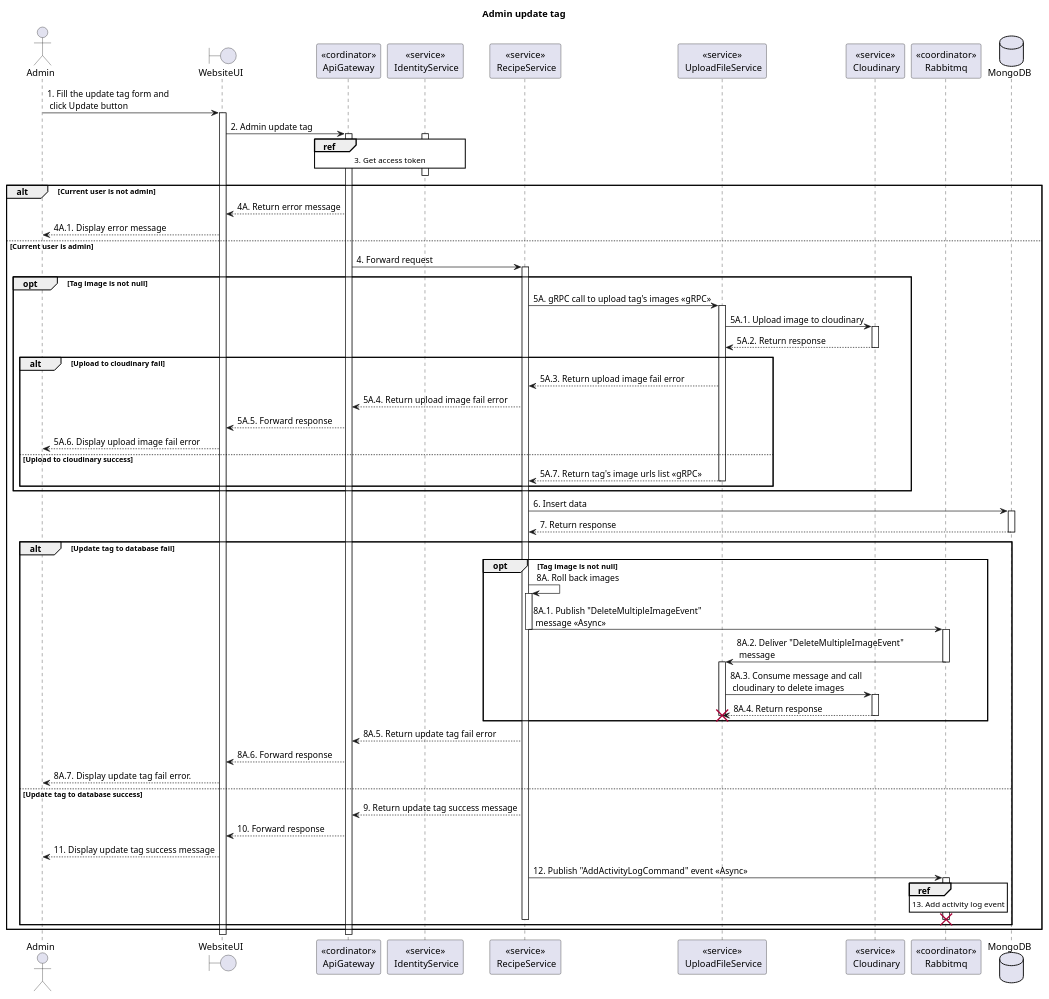
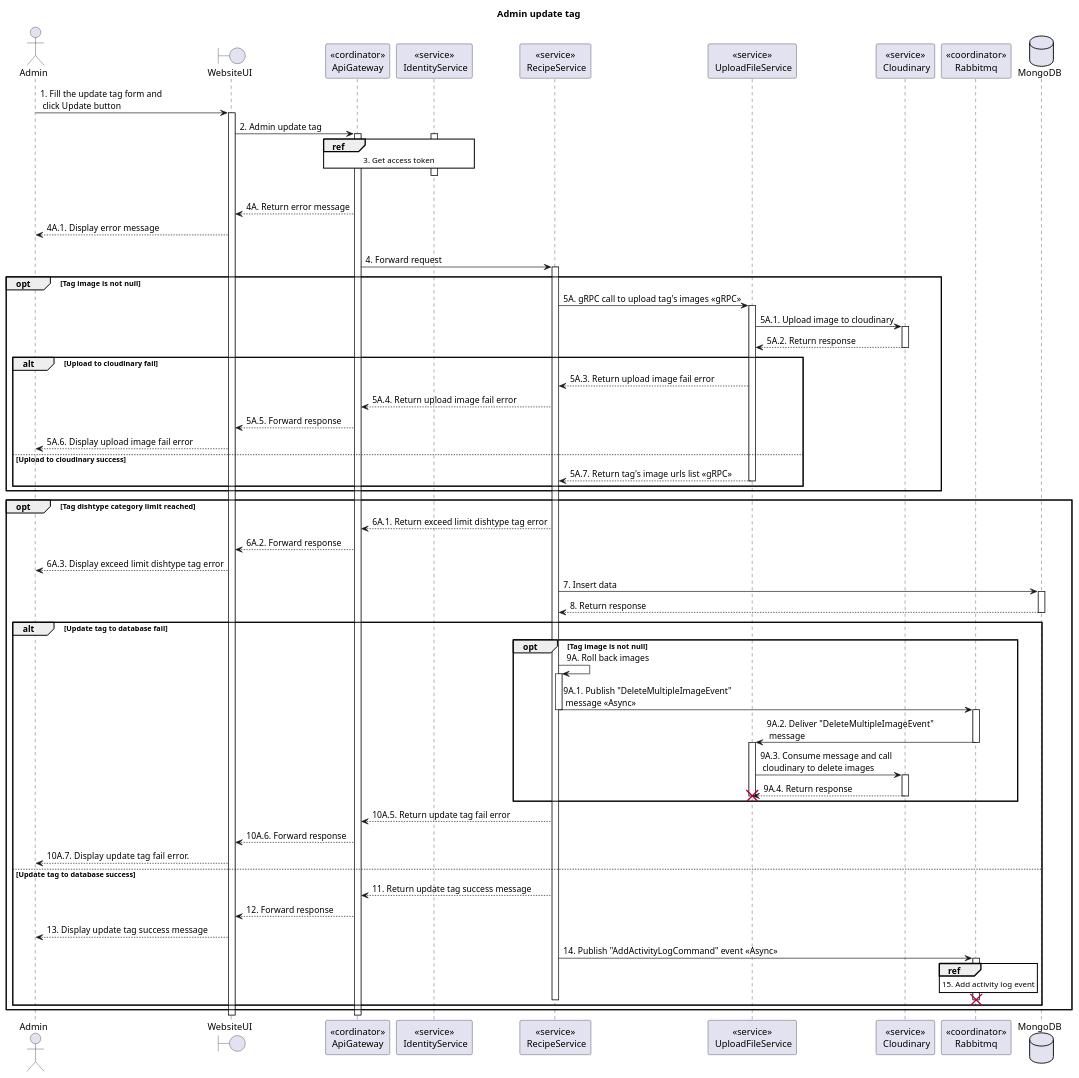
Before and after one commit to Carl-Johnsons/tastopia: the diagram in doc/SDS/Recipe/Admin/Admin update tag/Sequence.plantuml, drawn with PlantUML. The commit also changed 1 other file, not shown here.

Commit message:
doc: update add and update tag sequence

```diff
--- a/doc/SDS/Recipe/Admin/Admin update tag/Sequence.plantuml
+++ b/doc/SDS/Recipe/Admin/Admin update tag/Sequence.plantuml
@@ -1,82 +1,86 @@
 @startuml Sequence
 title "Admin update tag"
 ' Style section
 <style>
   sequenceDiagram {
     reference {
       BackGroundColor white
     }
 }
 </style>
 
 actor Admin
 boundary WebsiteUI
 participant "<<cordinator>>\nApiGateway" as ApiGateway
 participant "<<service>>\n IdentityService" as IdentityService
 participant "<<service>>\n RecipeService" as RecipeService
 participant "<<service>>\n UploadFileService" as UploadFileService
 participant "<<service>>\n Cloudinary" as Cloudinary
 participant "<<coordinator>>\nRabbitmq" as Rabbitmq
 database MongoDB
 
 Admin -> WebsiteUI++: 1. Fill the update tag form and \n click Update button
 WebsiteUI -> ApiGateway++: 2. Admin update tag
 
 activate IdentityService
 ref over ApiGateway, IdentityService: 3. Get access token
 ApiGateway -[hidden]-> IdentityService
 deactivate IdentityService
 
 alt Current user is not admin
     WebsiteUI <-- ApiGateway: 4A. Return error message
     Admin <-- WebsiteUI: 4A.1. Display error message
 else Current user is admin
     ApiGateway -> RecipeService++: 4. Forward request
     opt Tag image is not null
         RecipeService -> UploadFileService++: 5A. gRPC call to upload tag's images <<gRPC>>
         UploadFileService -> Cloudinary++: 5A.1. Upload image to cloudinary
         UploadFileService <-- Cloudinary--: 5A.2. Return response
         alt Upload to cloudinary fail
             RecipeService <-- UploadFileService: 5A.3. Return upload image fail error
             ApiGateway <-- RecipeService: 5A.4. Return upload image fail error
             WebsiteUI <-- ApiGateway: 5A.5. Forward response
             Admin <-- WebsiteUI: 5A.6. Display upload image fail error
         else Upload to cloudinary success 
             RecipeService <-- UploadFileService--: 5A.7. Return tag's image urls list <<gRPC>>
         end alt 
     end opt
-    RecipeService -> MongoDB++: 6. Insert data
-    RecipeService <-- MongoDB--: 7. Return response
+    opt Tag dishtype category limit reached
+            ApiGateway <-- RecipeService: 6A.1. Return exceed limit dishtype tag error
+            WebsiteUI <-- ApiGateway: 6A.2. Forward response
+            Admin <-- WebsiteUI: 6A.3. Display exceed limit dishtype tag error
+    RecipeService -> MongoDB++: 7. Insert data
+    RecipeService <-- MongoDB--: 8. Return response
     alt Update tag to database fail
         opt Tag image is not null
-            RecipeService -> RecipeService: 8A. Roll back images
+            RecipeService -> RecipeService: 9A. Roll back images
             activate RecipeService
-            RecipeService -> Rabbitmq: 8A.1. Publish "DeleteMultipleImageEvent" \n message <<Async>>
+            RecipeService -> Rabbitmq: 9A.1. Publish "DeleteMultipleImageEvent" \n message <<Async>>
             deactivate RecipeService
             activate Rabbitmq
-            Rabbitmq -> UploadFileService: 8A.2. Deliver "DeleteMultipleImageEvent"\n message
+            Rabbitmq -> UploadFileService: 9A.2. Deliver "DeleteMultipleImageEvent"\n message
             deactivate Rabbitmq
             activate UploadFileService
-            UploadFileService -> Cloudinary++: 8A.3. Consume message and call \n cloudinary to delete images
-            UploadFileService <-- Cloudinary--: 8A.4. Return response
+            UploadFileService -> Cloudinary++: 9A.3. Consume message and call \n cloudinary to delete images
+            UploadFileService <-- Cloudinary--: 9A.4. Return response
             destroy UploadFileService
             deactivate UploadFileService
         end opt
-        ApiGateway <-- RecipeService: 8A.5. Return update tag fail error
-        WebsiteUI <-- ApiGateway: 8A.6. Forward response
-        Admin <-- WebsiteUI: 8A.7. Display update tag fail error.
+        ApiGateway <-- RecipeService: 10A.5. Return update tag fail error
+        WebsiteUI <-- ApiGateway: 10A.6. Forward response
+        Admin <-- WebsiteUI: 10A.7. Display update tag fail error.
     else Update tag to database success
-        ApiGateway <-- RecipeService: 9. Return update tag success message
-        WebsiteUI <-- ApiGateway: 10. Forward response
-        Admin <-- WebsiteUI: 11. Display update tag success message
-        RecipeService -> Rabbitmq: 12. Publish "AddActivityLogCommand" event <<Async>>
+        ApiGateway <-- RecipeService: 11. Return update tag success message
+        WebsiteUI <-- ApiGateway: 12. Forward response
+        Admin <-- WebsiteUI: 13. Display update tag success message
+        RecipeService -> Rabbitmq: 14. Publish "AddActivityLogCommand" event <<Async>>
         activate Rabbitmq
-        ref over Rabbitmq: 13. Add activity log event
+        ref over Rabbitmq: 15. Add activity log event
         RecipeService -[hidden]-> Rabbitmq
         deactivate Rabbitmq
         destroy Rabbitmq
         deactivate RecipeService
     end alt 
 end alt
 
 @enduml
```
